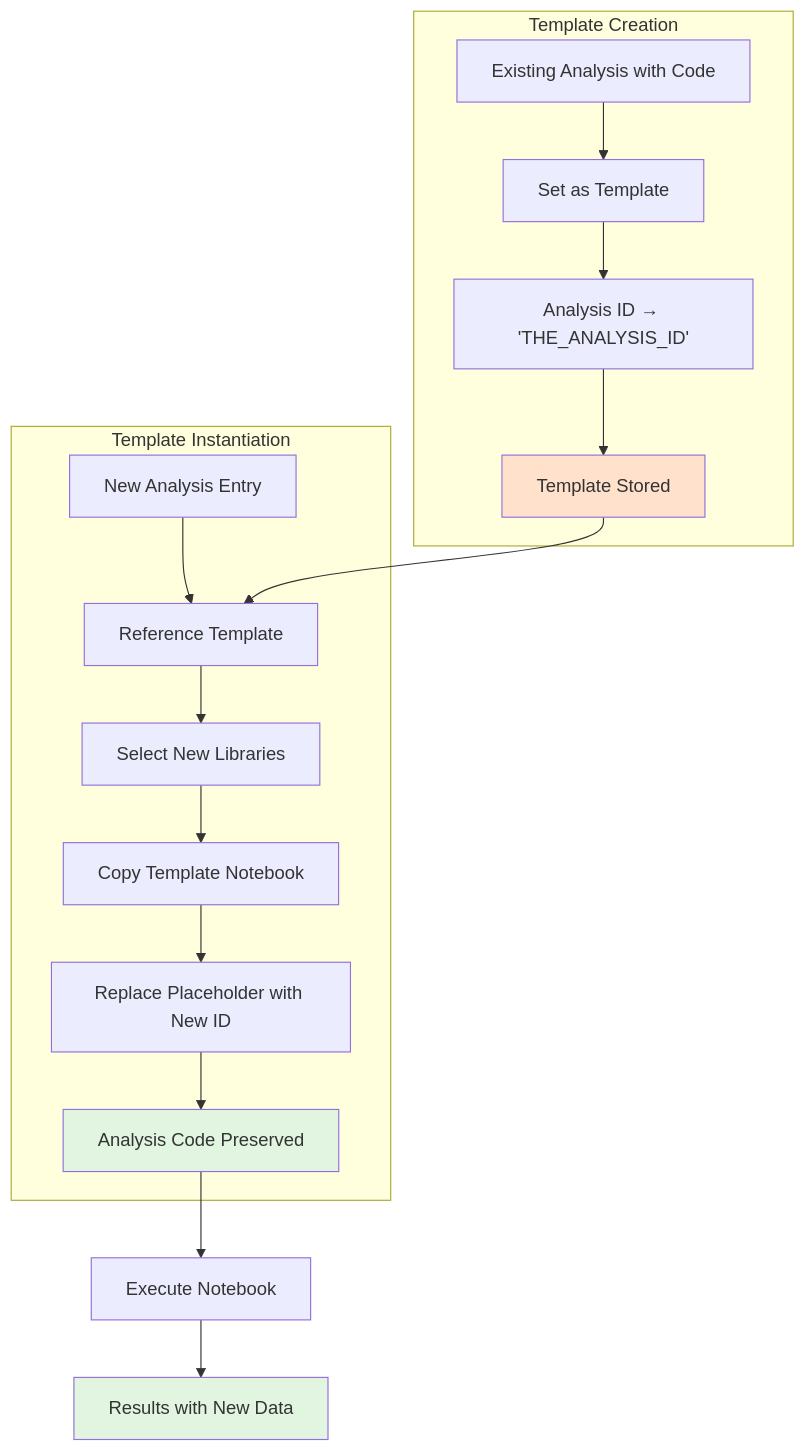
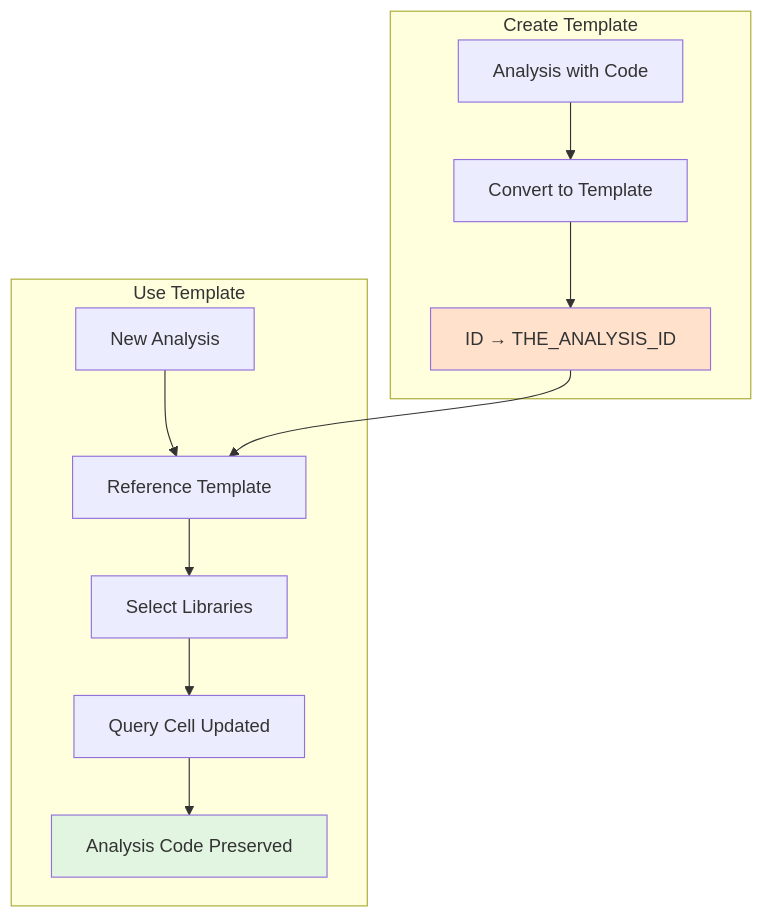
Before and after one commit to DTU-Nanolab-materials-discovery/nomad-dtu-nanolab-plugin: the second of 2 diagrams in docs/reference/analysis.md, drawn with Mermaid. The commit also changed other lines of this file, not shown here.

First line of the commit message:
Streamline Jupyter analysis documentation

````diff
--- a/docs/reference/analysis.md
+++ b/docs/reference/analysis.md
@@ -113,24 +77,19 @@
 ```mermaid
 graph TB
-    subgraph "Template Creation"
-        A1[Existing Analysis with Code] --> A2[Set as Template]
-        A2 --> A3[Analysis ID → 'THE_ANALYSIS_ID']
-        A3 --> A4[Template Stored]
+    subgraph "Create Template"
+        A1[Analysis with Code] --> A2[Convert to Template]
+        A2 --> A3[ID → THE_ANALYSIS_ID]
     end
     
-    subgraph "Template Instantiation"
-        B1[New Analysis Entry] --> B2[Reference Template]
-        B2 --> B3[Select New Libraries]
-        B3 --> B4[Copy Template Notebook]
-        B4 --> B5[Replace Placeholder with New ID]
-        B5 --> B6[Analysis Code Preserved]
+    subgraph "Use Template"
+        B1[New Analysis] --> B2[Reference Template]
+        B2 --> B3[Select Libraries]
+        B3 --> B4[Query Cell Updated]
+        B4 --> B5[Analysis Code Preserved]
     end
     
-    A4 --> B2
-    B6 --> C1[Execute Notebook]
-    C1 --> C2[Results with New Data]
+    A3 --> B2
     
-    style A4 fill:#ffe1cc
-    style B6 fill:#e1f5e1
-    style C2 fill:#e1f5e1
+    style A3 fill:#ffe1cc
+    style B5 fill:#e1f5e1
 ```
````
